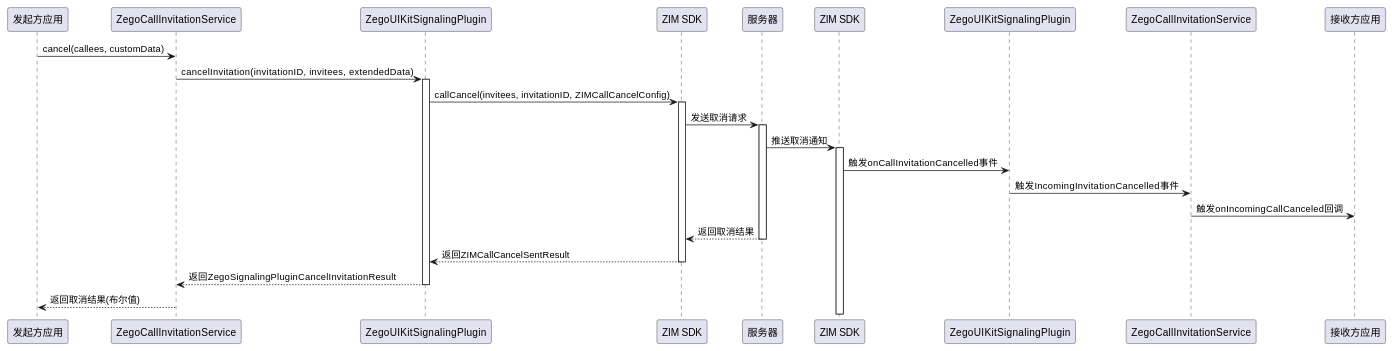
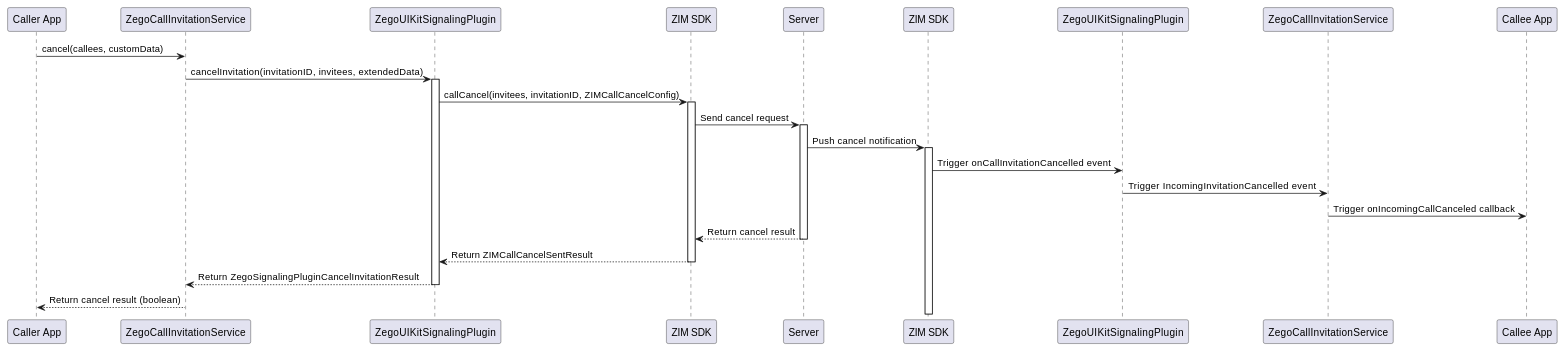
Before and after one commit to ZEGOCLOUD/zego_uikit_prebuilt_call_flutter: the fourth of 5 diagrams in documents/sequence_diagram.md, drawn with PlantUML. The commit also changed other lines of this file and 3 other files, not shown here.

````diff
--- a/documents/sequence_diagram.md
+++ b/documents/sequence_diagram.md
@@ -118,34 +118,34 @@
 ```plantuml
 @startuml
-participant "发起方应用" as AppA
+participant "Caller App" as AppA
 participant "ZegoCallInvitationService" as ServiceA
 participant "ZegoUIKitSignalingPlugin" as PluginA
 participant "ZIM SDK" as ZIMA
-participant "服务器" as Server
+participant "Server" as Server
 participant "ZIM SDK" as ZIMB
 participant "ZegoUIKitSignalingPlugin" as PluginB
 participant "ZegoCallInvitationService" as ServiceB
-participant "接收方应用" as AppB
+participant "Callee App" as AppB
 
 AppA -> ServiceA: cancel(callees, customData)
 ServiceA -> PluginA: cancelInvitation(invitationID, invitees, extendedData)
 activate PluginA
 PluginA -> ZIMA: callCancel(invitees, invitationID, ZIMCallCancelConfig)
 activate ZIMA
-ZIMA -> Server: 发送取消请求
+ZIMA -> Server: Send cancel request
 activate Server
-Server -> ZIMB: 推送取消通知
+Server -> ZIMB: Push cancel notification
 activate ZIMB
-ZIMB -> PluginB: 触发onCallInvitationCancelled事件
-PluginB -> ServiceB: 触发IncomingInvitationCancelled事件
-ServiceB -> AppB: 触发onIncomingCallCanceled回调
-Server --> ZIMA: 返回取消结果
+ZIMB -> PluginB: Trigger onCallInvitationCancelled event
+PluginB -> ServiceB: Trigger IncomingInvitationCancelled event
+ServiceB -> AppB: Trigger onIncomingCallCanceled callback
+Server --> ZIMA: Return cancel result
 deactivate Server
-ZIMA --> PluginA: 返回ZIMCallCancelSentResult
+ZIMA --> PluginA: Return ZIMCallCancelSentResult
 deactivate ZIMA
-PluginA --> ServiceA: 返回ZegoSignalingPluginCancelInvitationResult
+PluginA --> ServiceA: Return ZegoSignalingPluginCancelInvitationResult
 deactivate PluginA
-ServiceA --> AppA: 返回取消结果(布尔值)
+ServiceA --> AppA: Return cancel result (boolean)
 
 @enduml
 ```
````
